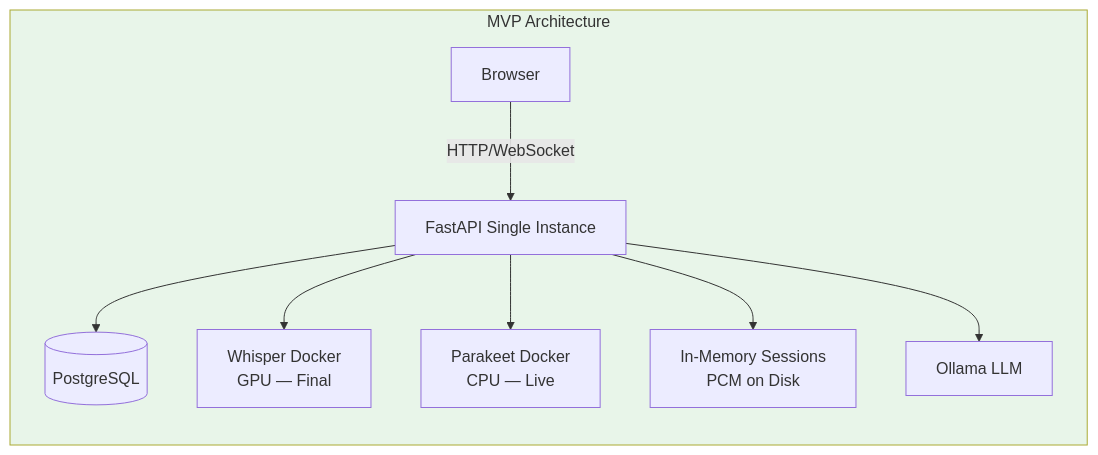
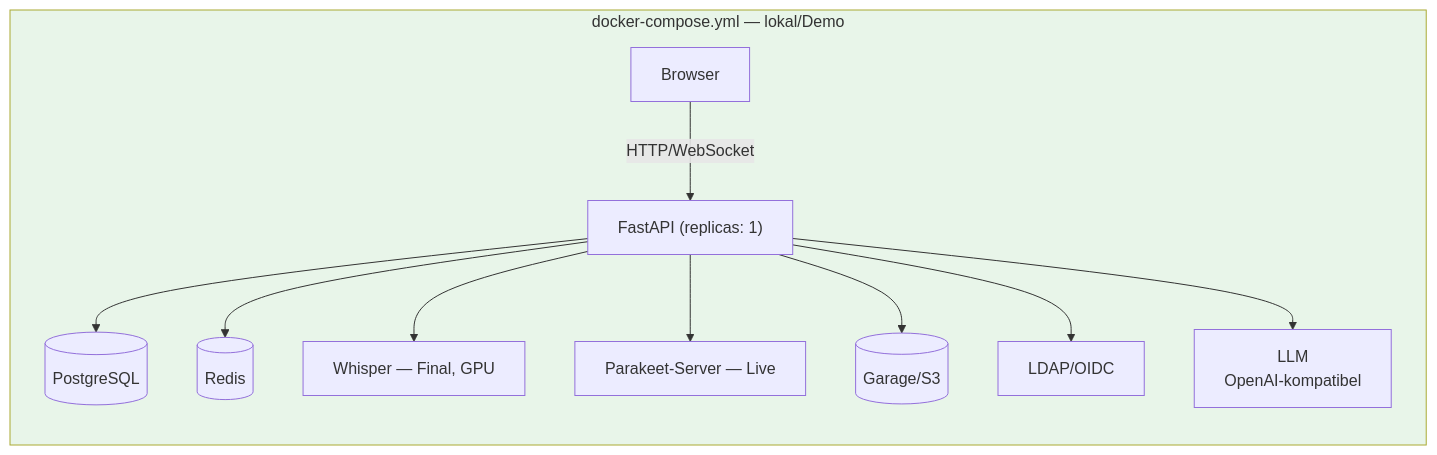
Before and after one commit to s2a-open-technologies/openDox: the fourth of 4 diagrams in docs/opendox.md, drawn with Mermaid. The commit also changed other lines of this file and 28 other files, not shown here.

````diff
--- a/docs/opendox.md
+++ b/docs/opendox.md
@@ -1070,13 +1018,15 @@
 ```mermaid
 graph LR
-    subgraph MVP["MVP Architecture"]
-        A[Browser] -->|HTTP/WebSocket| B[FastAPI Single Instance]
+    subgraph Compose["docker-compose.yml — lokal/Demo"]
+        A[Browser] -->|HTTP/WebSocket| B["FastAPI (replicas: 1)"]
         B --> C[(PostgreSQL)]
-        B --> D[Whisper Docker<br/>GPU — Final]
-        B --> E[Parakeet Docker<br/>CPU — Live]
-        B --> F[In-Memory Sessions<br/>PCM on Disk]
-        B --> G[Ollama LLM]
+        B --> R[(Redis)]
+        B --> D[Whisper — Final, GPU]
+        B --> E[Parakeet-Server — Live]
+        B --> S[(Garage/S3)]
+        B --> F[LDAP/OIDC]
+        B --> G["LLM<br/>OpenAI-kompatibel"]
     end
-    
-    style MVP fill:#e8f5e9
+
+    style Compose fill:#e8f5e9
 ```
````
